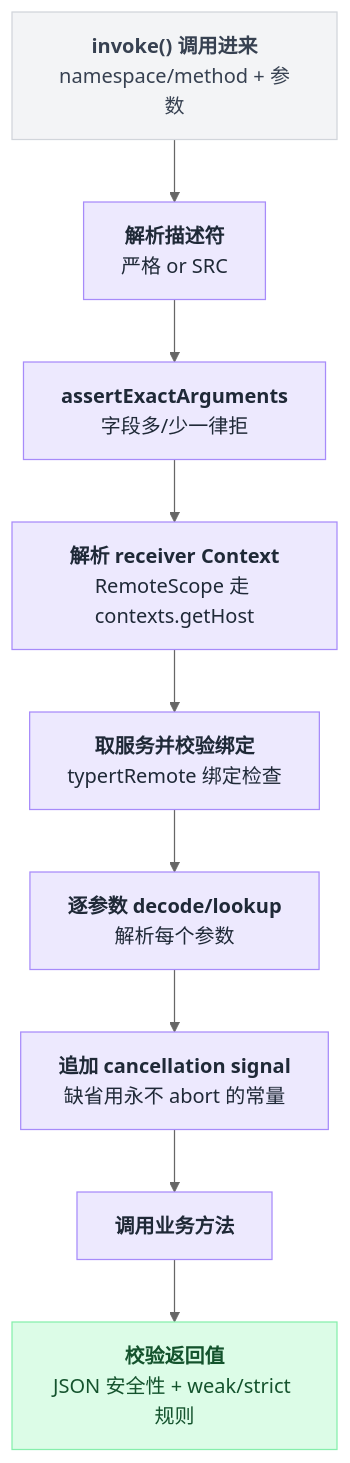
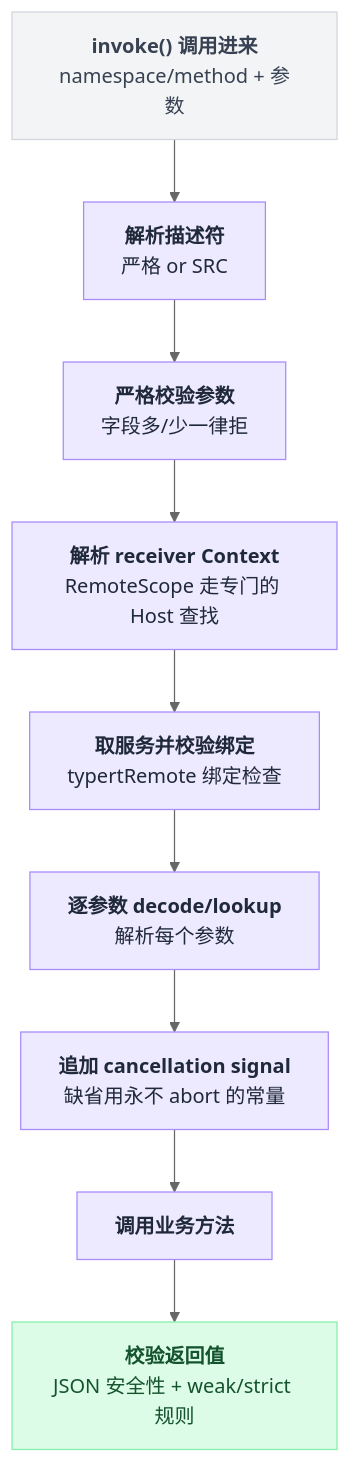
Before and after one commit to congwa/agent-dev: the first of 2 diagrams in 2026-08_DeepSeekHarness上手教程/内置插件参考/dsh-api-gateway.md, drawn with Mermaid (neutral theme). The commit also changed other lines of this file and 123 other files, not shown here.

````diff
--- a/2026-08_DeepSeekHarness上手教程/内置插件参考/dsh-api-gateway.md
+++ b/2026-08_DeepSeekHarness上手教程/内置插件参考/dsh-api-gateway.md
@@ -71,21 +72,21 @@
 ```mermaid
 flowchart TD
     A["<b>invoke() 调用进来</b><br/>namespace/method + 参数"]
     B["<b>解析描述符</b><br/>严格 or SRC"]
-    C["<b>assertExactArguments</b><br/>字段多/少一律拒"]
-    D["<b>解析 receiver Context</b><br/>RemoteScope 走 contexts.getHost"]
+    C["<b>严格校验参数</b><br/>字段多/少一律拒"]
+    D["<b>解析 receiver Context</b><br/>RemoteScope 走专门的 Host 查找"]
     E["<b>取服务并校验绑定</b><br/>typertRemote 绑定检查"]
     F["<b>逐参数 decode/lookup</b><br/>解析每个参数"]
     G["<b>追加 cancellation signal</b><br/>缺省用永不 abort 的常量"]
     H["<b>调用业务方法</b>"]
     I["<b>校验返回值</b><br/>JSON 安全性 + weak/strict 规则"]
 
     A --> B --> C --> D --> E --> F --> G --> H --> I
 
     classDef entry fill:#f3f4f6,stroke:#d1d5db,color:#374151
     classDef main fill:#ede9fe,stroke:#a78bfa,color:#1f2937
     classDef data fill:#dcfce7,stroke:#86efac,color:#14532d
     class A entry
     class B,C,D,E,F,G,H main
     class I data
 ```
````
